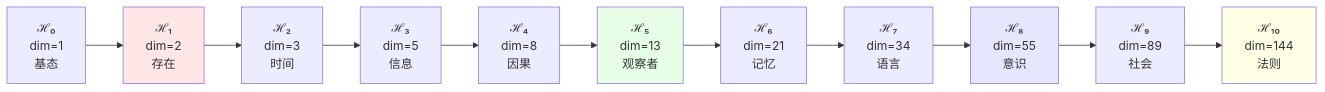
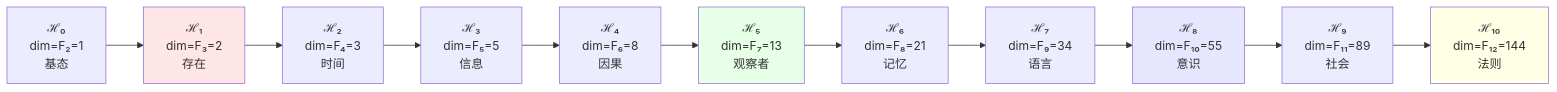
The second of 13 diagrams in docs/appendix_visual.md (loning/zeckendorf-hilbert), drawn with Mermaid before and after one commit. The commit also changed other lines of this file and 11 other files, not shown here.

````diff
--- a/docs/appendix_visual.md
+++ b/docs/appendix_visual.md
@@ -24,18 +26,18 @@
 ```mermaid
 graph LR
-    H0["ℋ₀<br/>dim=1<br/>基态"] --> H1["ℋ₁<br/>dim=2<br/>存在"]
-    H1 --> H2["ℋ₂<br/>dim=3<br/>时间"]
-    H2 --> H3["ℋ₃<br/>dim=5<br/>信息"]
-    H3 --> H4["ℋ₄<br/>dim=8<br/>因果"]
-    H4 --> H5["ℋ₅<br/>dim=13<br/>观察者"]
-    H5 --> H6["ℋ₆<br/>dim=21<br/>记忆"]
-    H6 --> H7["ℋ₇<br/>dim=34<br/>语言"]
-    H7 --> H8["ℋ₈<br/>dim=55<br/>意识"]
-    H8 --> H9["ℋ₉<br/>dim=89<br/>社会"]
-    H9 --> H10["ℋ₁₀<br/>dim=144<br/>法则"]
+    H0["ℋ₀<br/>dim=F₂=1<br/>基态"] --> H1["ℋ₁<br/>dim=F₃=2<br/>存在"]
+    H1 --> H2["ℋ₂<br/>dim=F₄=3<br/>时间"]
+    H2 --> H3["ℋ₃<br/>dim=F₅=5<br/>信息"]
+    H3 --> H4["ℋ₄<br/>dim=F₆=8<br/>因果"]
+    H4 --> H5["ℋ₅<br/>dim=F₇=13<br/>观察者"]
+    H5 --> H6["ℋ₆<br/>dim=F₈=21<br/>记忆"]
+    H6 --> H7["ℋ₇<br/>dim=F₉=34<br/>语言"]
+    H7 --> H8["ℋ₈<br/>dim=F₁₀=55<br/>意识"]
+    H8 --> H9["ℋ₉<br/>dim=F₁₁=89<br/>社会"]
+    H9 --> H10["ℋ₁₀<br/>dim=F₁₂=144<br/>法则"]
     
     style H1 fill:#ffe6e6
     style H5 fill:#e6ffe6
     style H8 fill:#e6e6ff
     style H10 fill:#ffffe6
 ```
````
